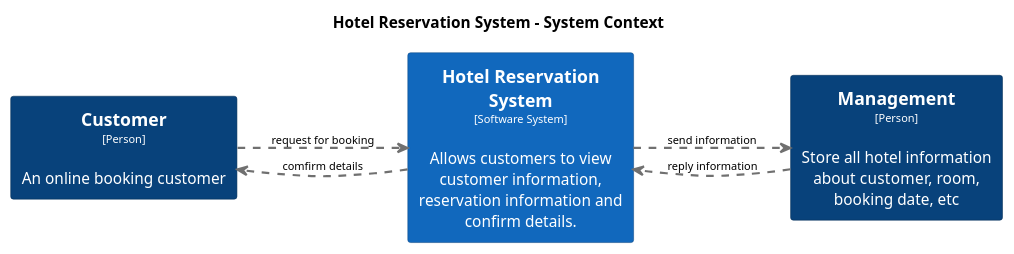
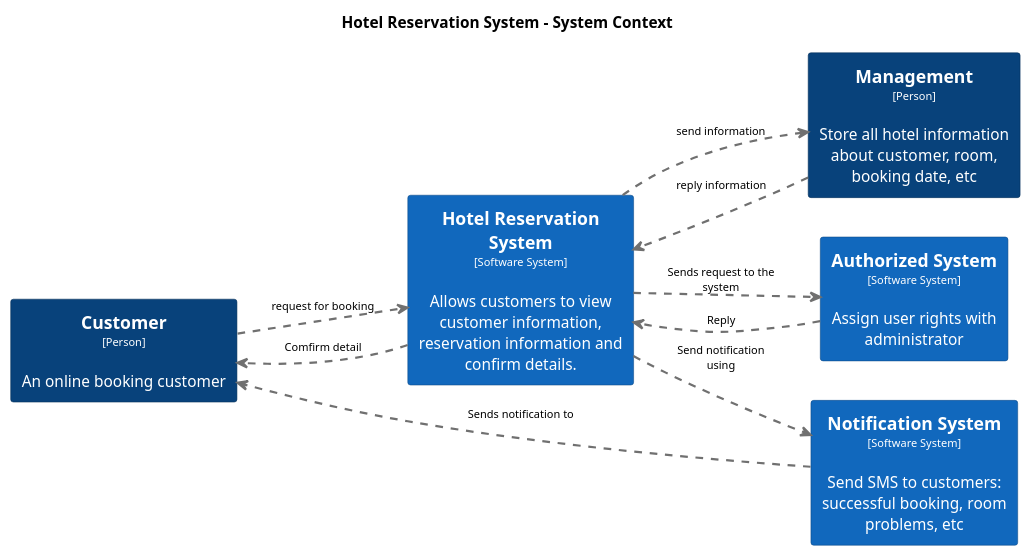
One commit to RooneyTrong/BookinghotelUML changed the diagram in thayvuong/SystemContext.puml. Above: the diagram before and after it, drawn with PlantUML. The commit also changed 6 other files, not shown here.

```diff
--- a/thayvuong/SystemContext.puml
+++ b/thayvuong/SystemContext.puml
@@ -1,35 +1,51 @@
 @startuml(id=SystemContext)
 title Hotel Reservation System - System Context
 
 skinparam {
   shadowing false
   arrowFontSize 10
   defaultTextAlignment center
   wrapWidth 200
   maxMessageSize 100
 }
 hide stereotype
 left to right direction
 skinparam rectangle<<1>> {
   BackgroundColor #08427b
   FontColor #ffffff
   BorderColor #052e56
 }
+skinparam rectangle<<23>> {
+  BackgroundColor #1168bd
+  FontColor #ffffff
+  BorderColor #0b4884
+}
 skinparam rectangle<<2>> {
   BackgroundColor #1168bd
   FontColor #ffffff
   BorderColor #0b4884
 }
-skinparam rectangle<<9>> {
+skinparam rectangle<<27>> {
+  BackgroundColor #1168bd
+  FontColor #ffffff
+  BorderColor #0b4884
+}
+skinparam rectangle<<31>> {
   BackgroundColor #08427b
   FontColor #ffffff
   BorderColor #052e56
 }
 rectangle "==Customer\n<size:10>[Person]</size>\n\nAn online booking customer" <<1>> as 1
-rectangle "==Management\n<size:10>[Person]</size>\n\nStore all hotel information about customer, room, booking date, etc" <<9>> as 9
+rectangle "==Management\n<size:10>[Person]</size>\n\nStore all hotel information about customer, room, booking date, etc" <<31>> as 31
+rectangle "==Authorized System\n<size:10>[Software System]</size>\n\nAssign user rights with administrator" <<23>> as 23
 rectangle "==Hotel Reservation System\n<size:10>[Software System]</size>\n\nAllows customers to view customer information, reservation information and confirm details." <<2>> as 2
+rectangle "==Notification System\n<size:10>[Software System]</size>\n\nSend SMS to customers: successful booking, room problems, etc" <<27>> as 27
+23 .[#707070,thickness=2].> 2 : "Reply"
 1 .[#707070,thickness=2].> 2 : "request for booking"
-2 .[#707070,thickness=2].> 1 : "comfirm details"
-2 .[#707070,thickness=2].> 9 : "send information"
-9 .[#707070,thickness=2].> 2 : "reply information"
+2 .[#707070,thickness=2].> 23 : "Sends request to the system"
+2 .[#707070,thickness=2].> 1 : "Comfirm detail"
+2 .[#707070,thickness=2].> 31 : "send information"
+2 .[#707070,thickness=2].> 27 : "Send notification using"
+31 .[#707070,thickness=2].> 2 : "reply information"
+27 .[#707070,thickness=2].> 1 : "Sends notification to"
 @enduml
```
